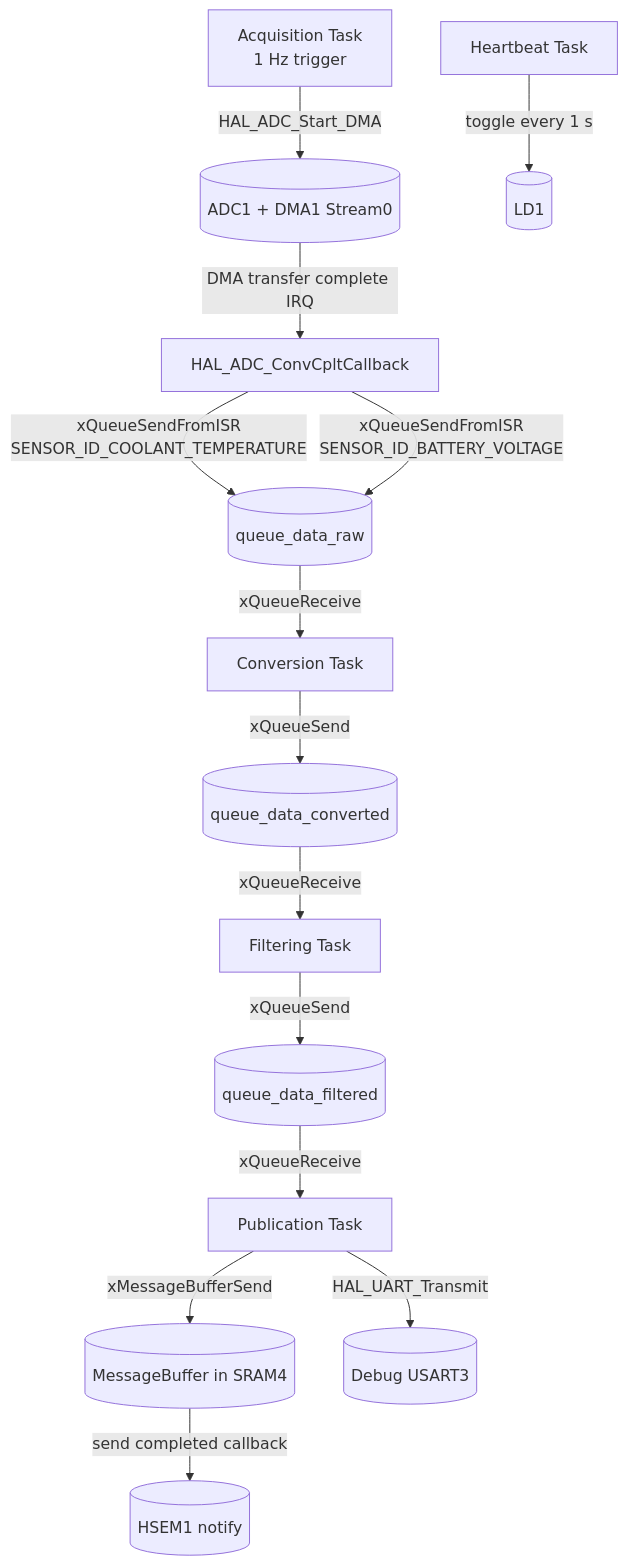
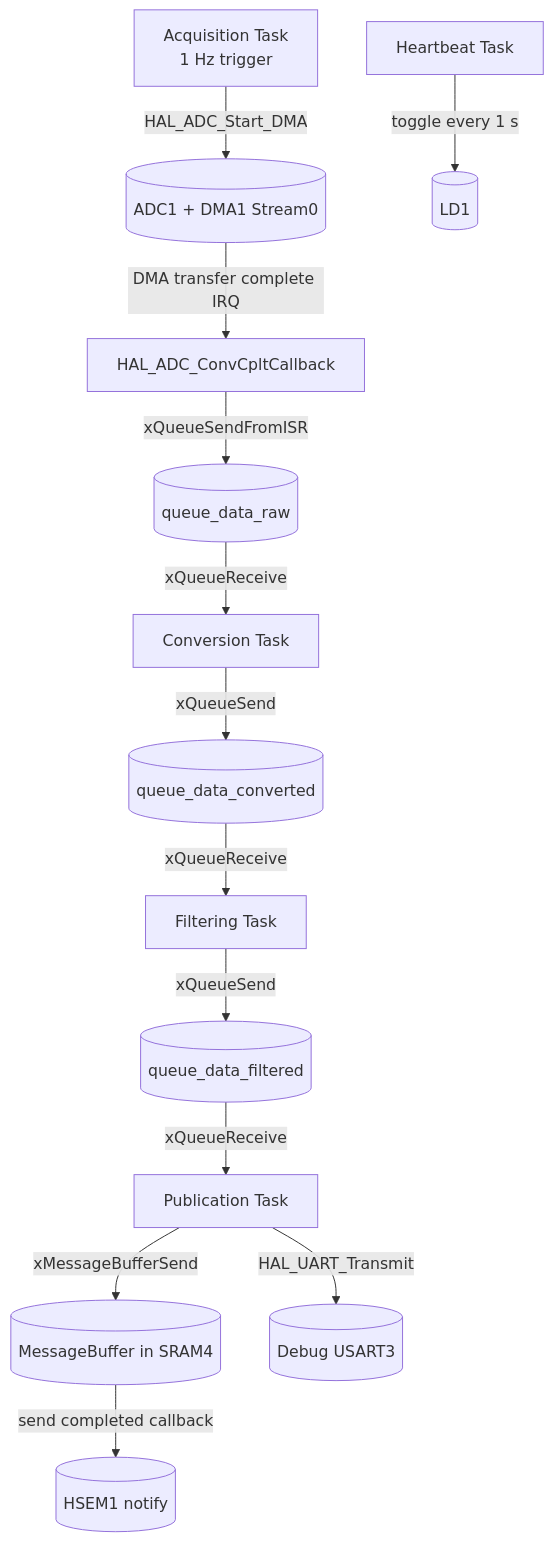
Before and after one commit to MatiMcFly/t3-digidash: the first of 2 diagrams in fw/nucleo/README.md, drawn with Mermaid.

Commit message:
[docs] Keep README of Nucleo/FW a bit simpler

````diff
--- a/fw/nucleo/README.md
+++ b/fw/nucleo/README.md
@@ -55,38 +55,37 @@
 ```mermaid
 flowchart TB
     ACQ[Acquisition Task\n1 Hz trigger]
     ISR[HAL_ADC_ConvCpltCallback]
     CONV[Conversion Task]
     FILT[Filtering Task]
     PUB[Publication Task]
     HB[Heartbeat Task]
 
     QRAW[(queue_data_raw)]
     QCONV[(queue_data_converted)]
     QFILT[(queue_data_filtered)]
     IPC[(MessageBuffer in SRAM4)]
     HSEM[(HSEM1 notify)]
 
     ADC[(ADC1 + DMA1 Stream0)]
     UART[(Debug USART3)]
     LED[(LD1)]
 
     ACQ -->|HAL_ADC_Start_DMA| ADC
     ADC -->|DMA transfer complete IRQ| ISR
 
-    ISR -->|xQueueSendFromISR\nSENSOR_ID_COOLANT_TEMPERATURE| QRAW
-    ISR -->|xQueueSendFromISR\nSENSOR_ID_BATTERY_VOLTAGE| QRAW
+    ISR -->|xQueueSendFromISR| QRAW
 
     QRAW -->|xQueueReceive| CONV
     CONV -->|xQueueSend| QCONV
 
     QCONV -->|xQueueReceive| FILT
     FILT -->|xQueueSend| QFILT
 
     QFILT -->|xQueueReceive| PUB
     PUB -->|HAL_UART_Transmit| UART
     PUB -->|xMessageBufferSend| IPC
     IPC -->|send completed callback| HSEM
 
     HB -->|toggle every 1 s| LED
 ```
````
